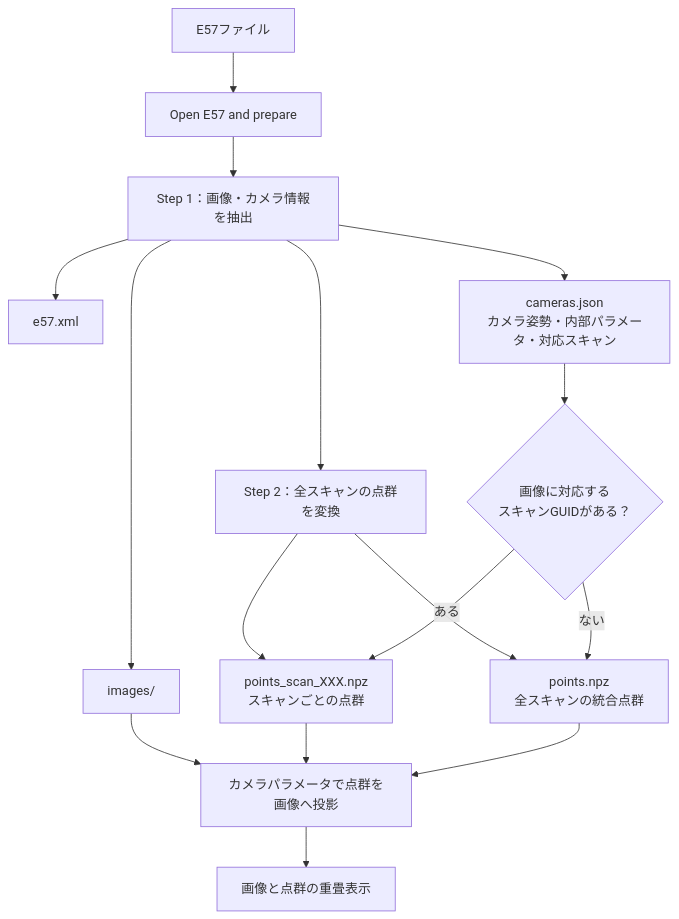
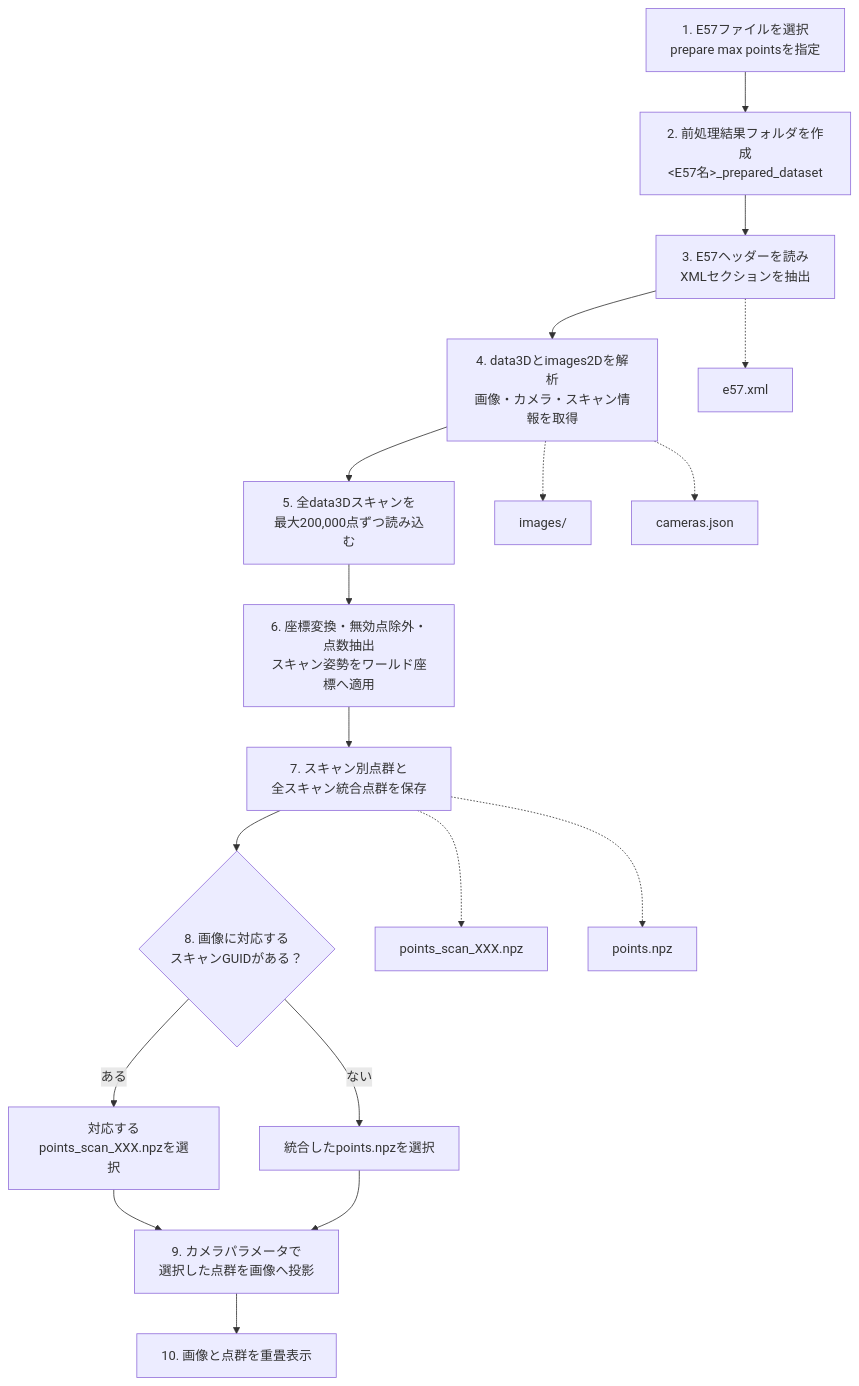
One commit to imvisionlabs/E57-Image-and-Point-Cloud-Overlay-Viewer-AIST changed the diagram in README.md. Above: the diagram before and after it, drawn with Mermaid.

Commit message:
docs: rebuild preprocessing diagram as numbered flow

````diff
--- a/README.md
+++ b/README.md
@@ -106,21 +106,26 @@
 ```mermaid
 flowchart TD
-    A["E57ファイル"] --> B["Open E57 and prepare"]
-    B --> C["Step 1：画像・カメラ情報を抽出"]
-    C --> D["Step 2：全スキャンの点群を変換"]
+    S1["1. E57ファイルを選択<br/>prepare max pointsを指定"]
+    S2["2. 前処理結果フォルダを作成<br/>&lt;E57名&gt;_prepared_dataset"]
+    S3["3. E57ヘッダーを読み<br/>XMLセクションを抽出"]
+    S4["4. data3Dとimages2Dを解析<br/>画像・カメラ・スキャン情報を取得"]
+    S5["5. 全data3Dスキャンを<br/>最大200,000点ずつ読み込む"]
+    S6["6. 座標変換・無効点除外・点数抽出<br/>スキャン姿勢をワールド座標へ適用"]
+    S7["7. スキャン別点群と<br/>全スキャン統合点群を保存"]
+    S8{"8. 画像に対応する<br/>スキャンGUIDがある？"}
+    S9A["対応するpoints_scan_XXX.npzを選択"]
+    S9B["統合したpoints.npzを選択"]
+    S10["9. カメラパラメータで<br/>選択した点群を画像へ投影"]
+    S11["10. 画像と点群を重畳表示"]
 
-    C --> X["e57.xml"]
-    C --> I["images/"]
-    C --> M["cameras.json<br/>カメラ姿勢・内部パラメータ・対応スキャン"]
+    S1 --> S2 --> S3 --> S4 --> S5 --> S6 --> S7 --> S8
+    S8 -- "ある" --> S9A --> S10
+    S8 -- "ない" --> S9B --> S10
+    S10 --> S11
 
-    D --> PS["points_scan_XXX.npz<br/>スキャンごとの点群"]
-    D --> PA["points.npz<br/>全スキャンの統合点群"]
-
-    M --> S{"画像に対応する<br/>スキャンGUIDがある？"}
-    S -- "ある" --> PS
-    S -- "ない" --> PA
-    I --> V["カメラパラメータで点群を画像へ投影"]
-    PS --> V
-    PA --> V
-    V --> O["画像と点群の重畳表示"]
+    S3 -.-> O1["e57.xml"]
+    S4 -.-> O2["images/"]
+    S4 -.-> O3["cameras.json"]
+    S7 -.-> O4["points_scan_XXX.npz"]
+    S7 -.-> O5["points.npz"]
 ```
````
